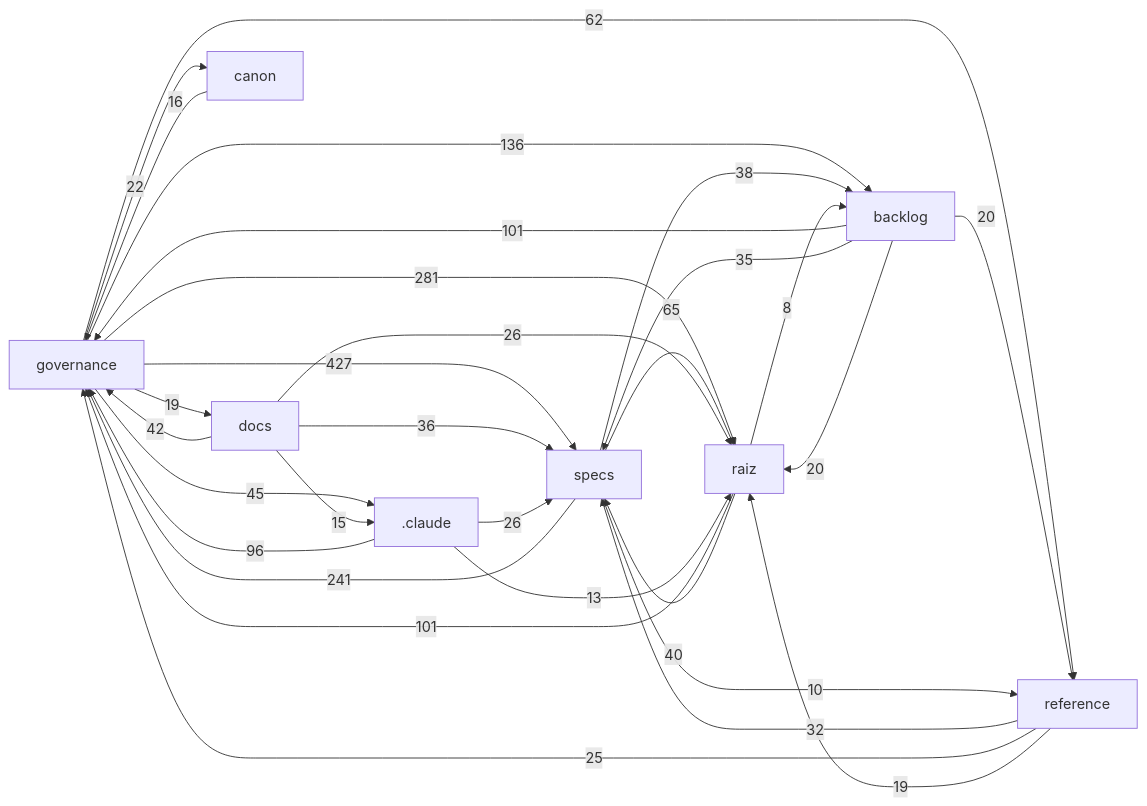
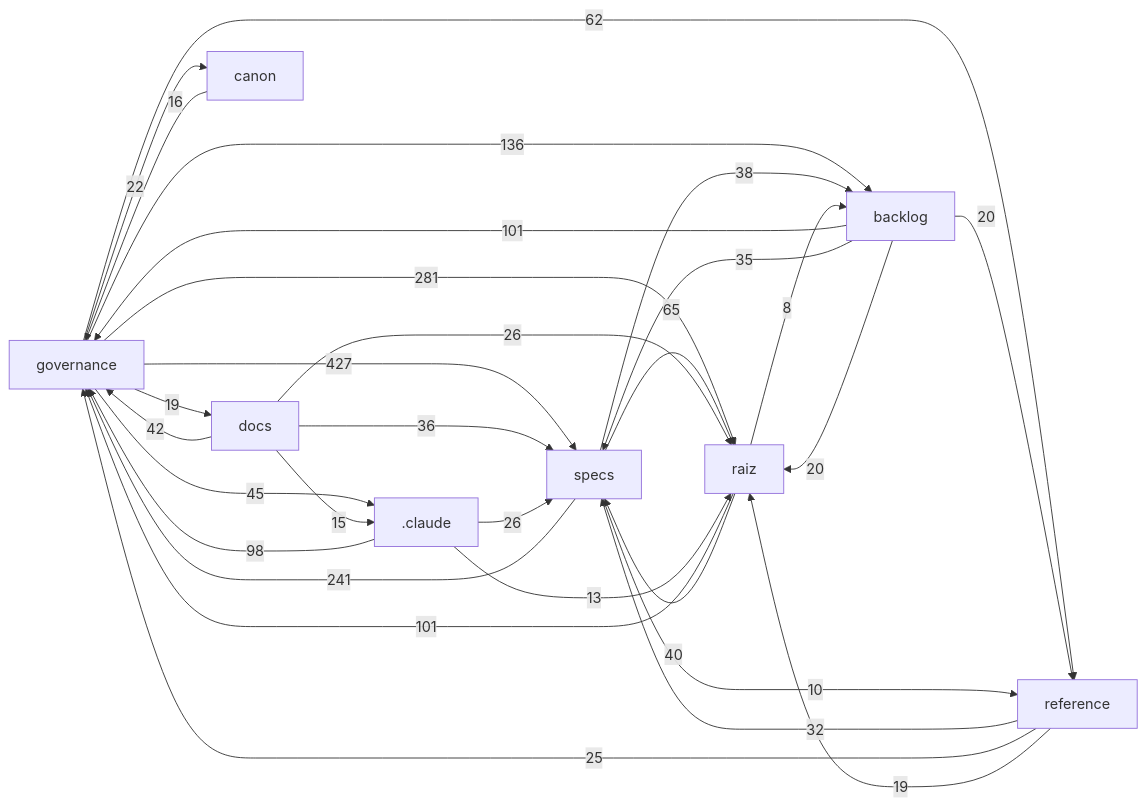
One commit to Andraus35/Sistema-Operacional-de-Trading--SOT changed the diagram in docs/mapa/MAPA-PROJETO.md. Above: the diagram before and after it, drawn with Mermaid. The commit also changed other lines of this file and 2 other files, not shown here.

````diff
--- a/docs/mapa/MAPA-PROJETO.md
+++ b/docs/mapa/MAPA-PROJETO.md
@@ -29,32 +29,32 @@
 ```mermaid
 flowchart LR
   governance["governance"] -->|427| specs["specs"]
   governance["governance"] -->|281| raiz["raiz"]
   specs["specs"] -->|241| governance["governance"]
   governance["governance"] -->|136| backlog["backlog"]
   raiz["raiz"] -->|101| governance["governance"]
   backlog["backlog"] -->|101| governance["governance"]
-  _claude[".claude"] -->|96| governance["governance"]
+  _claude[".claude"] -->|98| governance["governance"]
   specs["specs"] -->|65| raiz["raiz"]
   governance["governance"] -->|62| reference["reference"]
   governance["governance"] -->|45| _claude[".claude"]
   docs["docs"] -->|42| governance["governance"]
   raiz["raiz"] -->|40| specs["specs"]
   specs["specs"] -->|38| backlog["backlog"]
   docs["docs"] -->|36| specs["specs"]
   backlog["backlog"] -->|35| specs["specs"]
   reference["reference"] -->|32| specs["specs"]
   _claude[".claude"] -->|26| specs["specs"]
   docs["docs"] -->|26| raiz["raiz"]
   reference["reference"] -->|25| governance["governance"]
   governance["governance"] -->|22| canon["canon"]
   backlog["backlog"] -->|20| raiz["raiz"]
   backlog["backlog"] -->|20| reference["reference"]
   governance["governance"] -->|19| docs["docs"]
   reference["reference"] -->|19| raiz["raiz"]
   canon["canon"] -->|16| governance["governance"]
   docs["docs"] -->|15| _claude[".claude"]
   _claude[".claude"] -->|13| raiz["raiz"]
   specs["specs"] -->|10| reference["reference"]
   raiz["raiz"] -->|8| backlog["backlog"]
 ```
````
